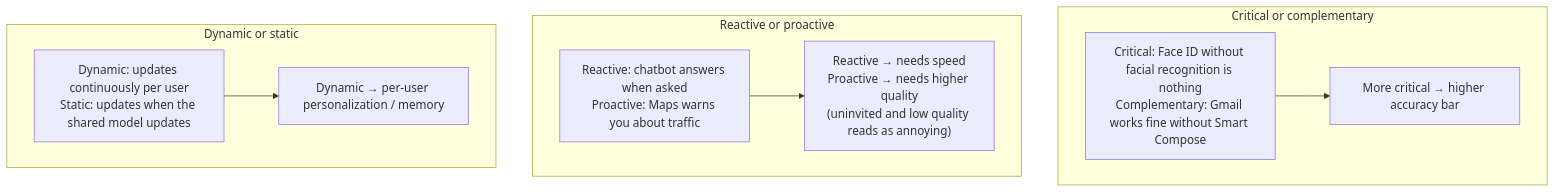
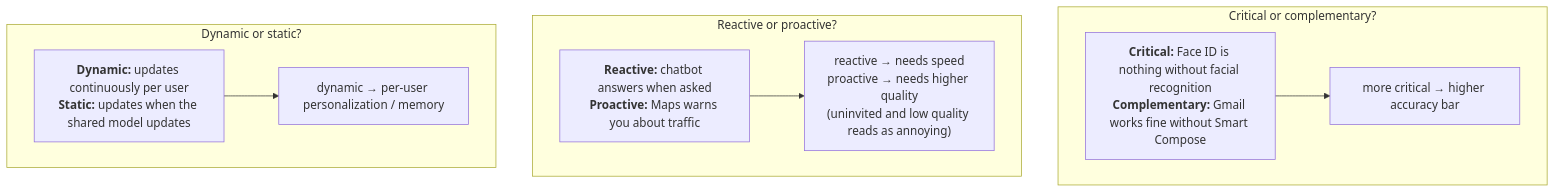
One commit to utkarshinobi/mind changed the fourth of 8 diagrams in book/chapter-01.md. Above: the diagram before and after it, drawn with Mermaid. The commit also changed other lines of this file, not shown here.

````diff
--- a/book/chapter-01.md
+++ b/book/chapter-01.md
@@ -443,15 +262,15 @@
 ```mermaid
 flowchart TB
-    subgraph one["Critical or complementary"]
-        A["Critical: Face ID without facial recognition is nothing<br/>Complementary: Gmail works fine without Smart Compose"]
-        A --> A2["More critical → higher accuracy bar"]
+    subgraph one["Critical or complementary?"]
+        A["<b>Critical:</b> Face ID is nothing without facial recognition<br/><b>Complementary:</b> Gmail works fine without Smart Compose"]
+        A --> A2["more critical → higher accuracy bar"]
     end
-    subgraph two["Reactive or proactive"]
-        B["Reactive: chatbot answers when asked<br/>Proactive: Maps warns you about traffic"]
-        B --> B2["Reactive → needs speed<br/>Proactive → needs higher quality<br/>(uninvited and low quality reads as annoying)"]
+    subgraph two["Reactive or proactive?"]
+        B["<b>Reactive:</b> chatbot answers when asked<br/><b>Proactive:</b> Maps warns you about traffic"]
+        B --> B2["reactive → needs speed<br/>proactive → needs higher quality<br/>(uninvited and low quality reads as annoying)"]
     end
-    subgraph three["Dynamic or static"]
-        C["Dynamic: updates continuously per user<br/>Static: updates when the shared model updates"]
-        C --> C2["Dynamic → per-user personalization / memory"]
+    subgraph three["Dynamic or static?"]
+        C["<b>Dynamic:</b> updates continuously per user<br/><b>Static:</b> updates when the shared model updates"]
+        C --> C2["dynamic → per-user personalization / memory"]
     end
 ```
````
